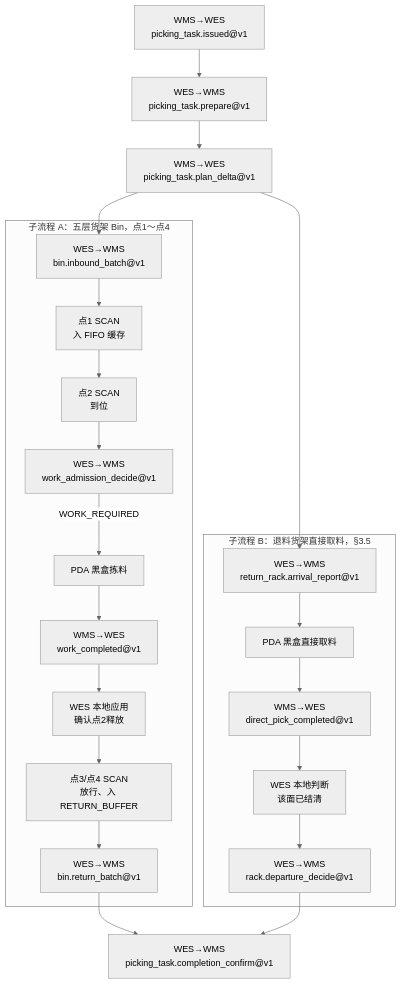
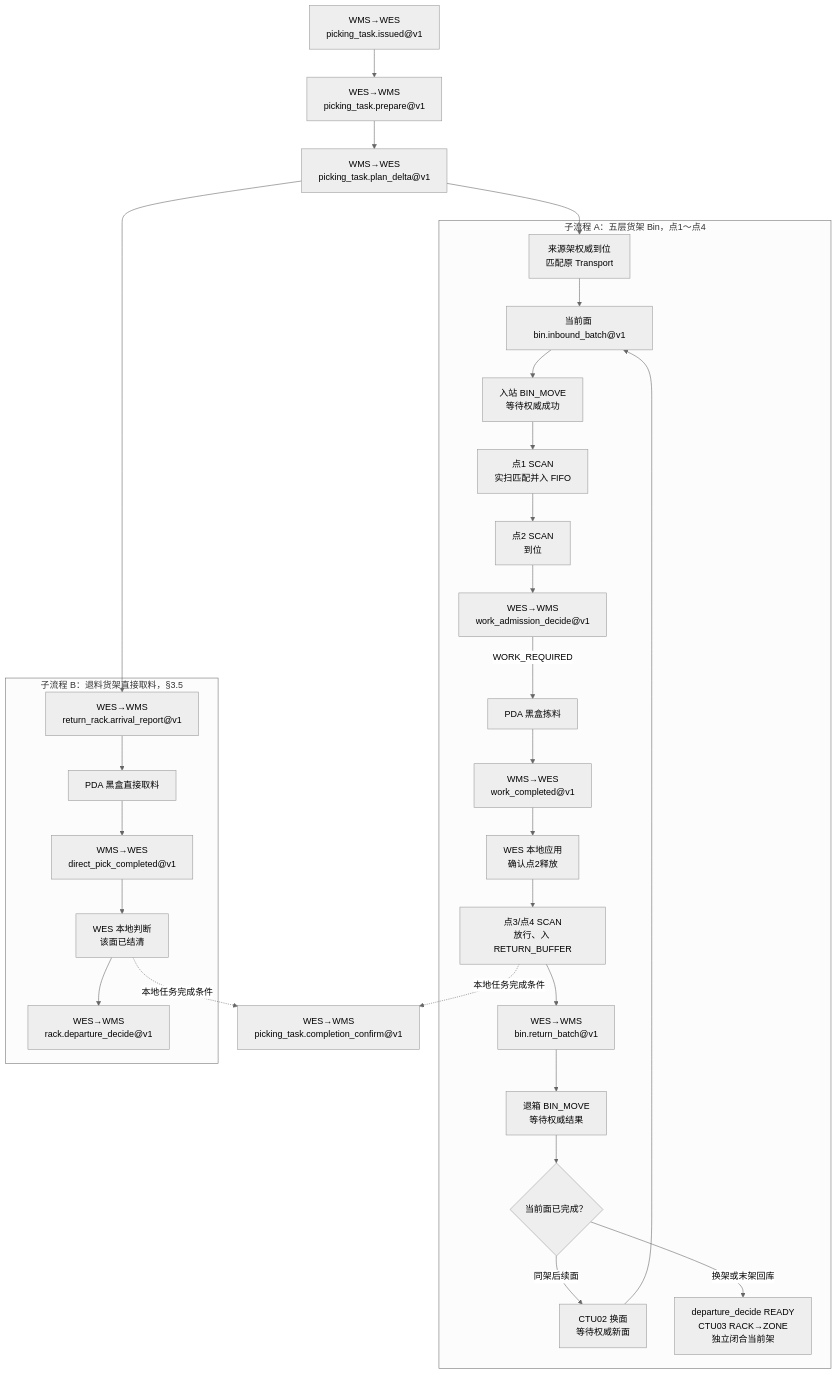
The first of 2 diagrams in docs/contracts/wms-manual-outbound-picking-integration-requirements.md (kaizhoumasha/wes_backend), drawn with Mermaid (neutral theme) before and after one commit. The commit also changed other lines of this file and 50 other files, not shown here.

````diff
--- a/docs/contracts/wms-manual-outbound-picking-integration-requirements.md
+++ b/docs/contracts/wms-manual-outbound-picking-integration-requirements.md
@@ -37,19 +37,21 @@
 ```mermaid
 flowchart TD
     T1["WMS→WES<br/>picking_task.issued@v1"] --> T2["WES→WMS<br/>picking_task.prepare@v1"] --> T3["WMS→WES<br/>picking_task.plan_delta@v1"]
 
-    T3 --> A0
+    T3 --> A00
     T3 --> B0
 
     subgraph A["子流程 A：五层货架 Bin，点1～点4"]
-        A0["WES→WMS<br/>bin.inbound_batch@v1"] --> A1["点1 SCAN<br/>入 FIFO 缓存"] --> A2["点2 SCAN<br/>到位"] --> A3["WES→WMS<br/>work_admission_decide@v1"]
-        A3 -->|WORK_REQUIRED| A4["PDA 黑盒拣料"] --> A5["WMS→WES<br/>work_completed@v1"] --> A6["WES 本地应用<br/>确认点2释放"] --> A7["点3/点4 SCAN<br/>放行、入 RETURN_BUFFER"] --> A8["WES→WMS<br/>bin.return_batch@v1"]
+        A00["来源架权威到位<br/>匹配原 Transport"] --> A0["当前面 bin.inbound_batch@v1"] --> A01["入站 BIN_MOVE<br/>等待权威成功"] --> A1["点1 SCAN<br/>实扫匹配并入 FIFO"] --> A2["点2 SCAN<br/>到位"] --> A3["WES→WMS<br/>work_admission_decide@v1"]
+        A3 -->|WORK_REQUIRED| A4["PDA 黑盒拣料"] --> A5["WMS→WES<br/>work_completed@v1"] --> A6["WES 本地应用<br/>确认点2释放"] --> A7["点3/点4 SCAN<br/>放行、入 RETURN_BUFFER"] --> A8["WES→WMS<br/>bin.return_batch@v1"] --> A9["退箱 BIN_MOVE<br/>等待权威结果"] --> A10{"当前面已完成？"}
+        A10 -->|同架后续面| A11["CTU02 换面<br/>等待权威新面"] --> A0
+        A10 -->|换架或末架回库| A12["departure_decide READY<br/>CTU03 RACK→ZONE<br/>独立闭合当前架"]
     end
 
     subgraph B["子流程 B：退料货架直接取料，§3.5"]
         B0["WES→WMS<br/>return_rack.arrival_report@v1"] --> B1["PDA 黑盒直接取料"] --> B2["WMS→WES<br/>direct_pick_completed@v1"] --> B3["WES 本地判断<br/>该面已结清"] --> B4["WES→WMS<br/>rack.departure_decide@v1"]
     end
 
-    A8 --> DONE["WES→WMS<br/>picking_task.completion_confirm@v1"]
-    B4 --> DONE
+    A7 -. "本地任务完成条件" .-> DONE["WES→WMS<br/>picking_task.completion_confirm@v1"]
+    B3 -. "本地任务完成条件" .-> DONE
 ```
````
